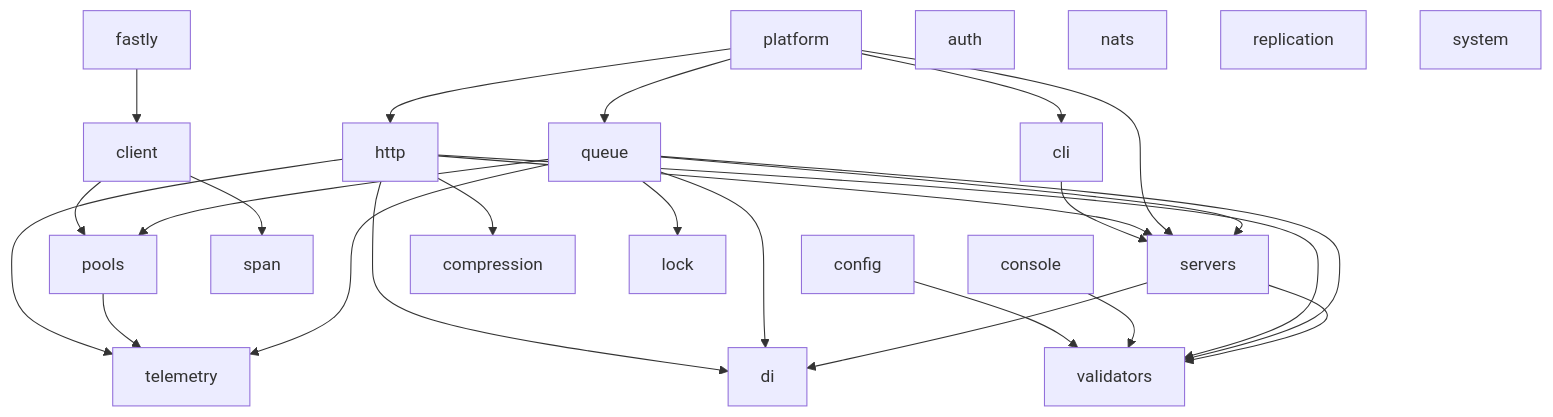
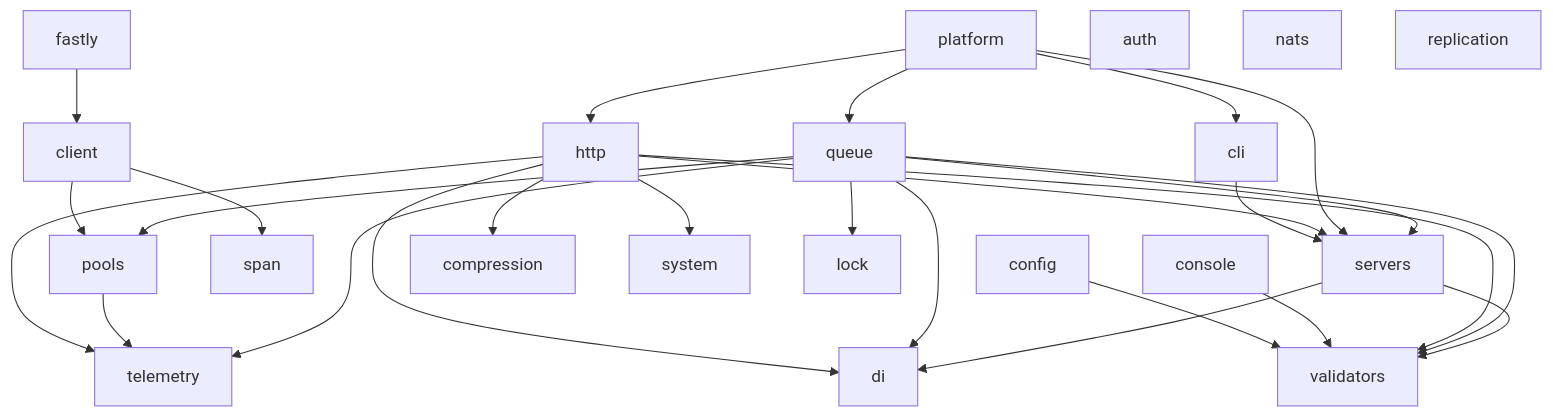
Before and after one commit to utopia-php/monorepo: the diagram in README.md, drawn with Mermaid. The commit also changed 8 other files, not shown here.

````diff
--- a/README.md
+++ b/README.md
@@ -46,31 +46,31 @@
 ```mermaid
 graph TD
     cli --> servers
     client --> pools
     client --> span
     config --> validators
     console --> validators
     fastly --> client
     http --> di
     http --> servers
     http --> compression
     http --> telemetry
     http --> validators
+    http --> system
     platform --> cli
     platform --> http
     platform --> queue
     platform --> servers
     pools --> telemetry
     queue --> di
     queue --> lock
     queue --> servers
     queue --> pools
     queue --> telemetry
     queue --> validators
     servers --> di
     servers --> validators
     auth
     nats
     replication
-    system
 ```
````
